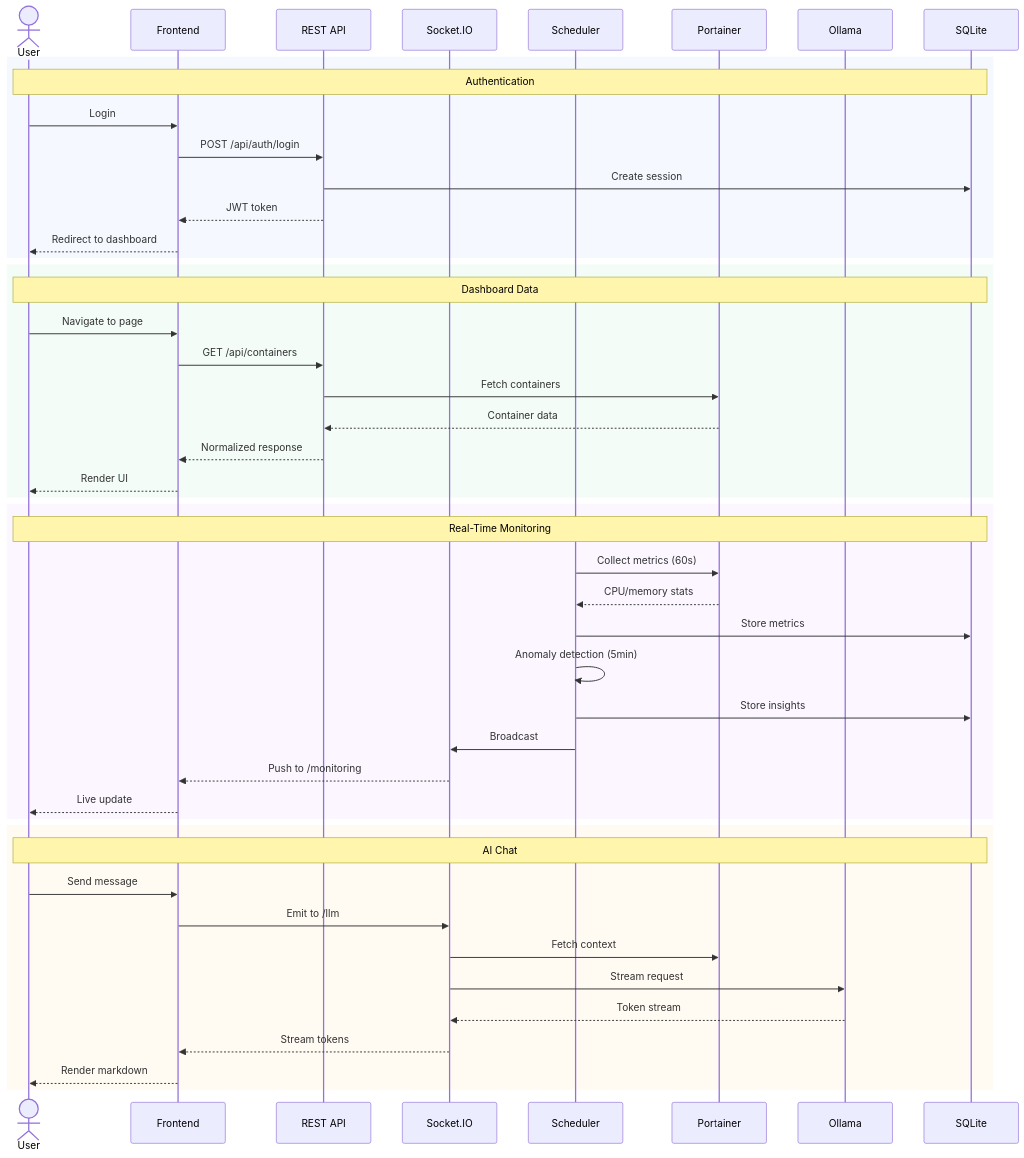
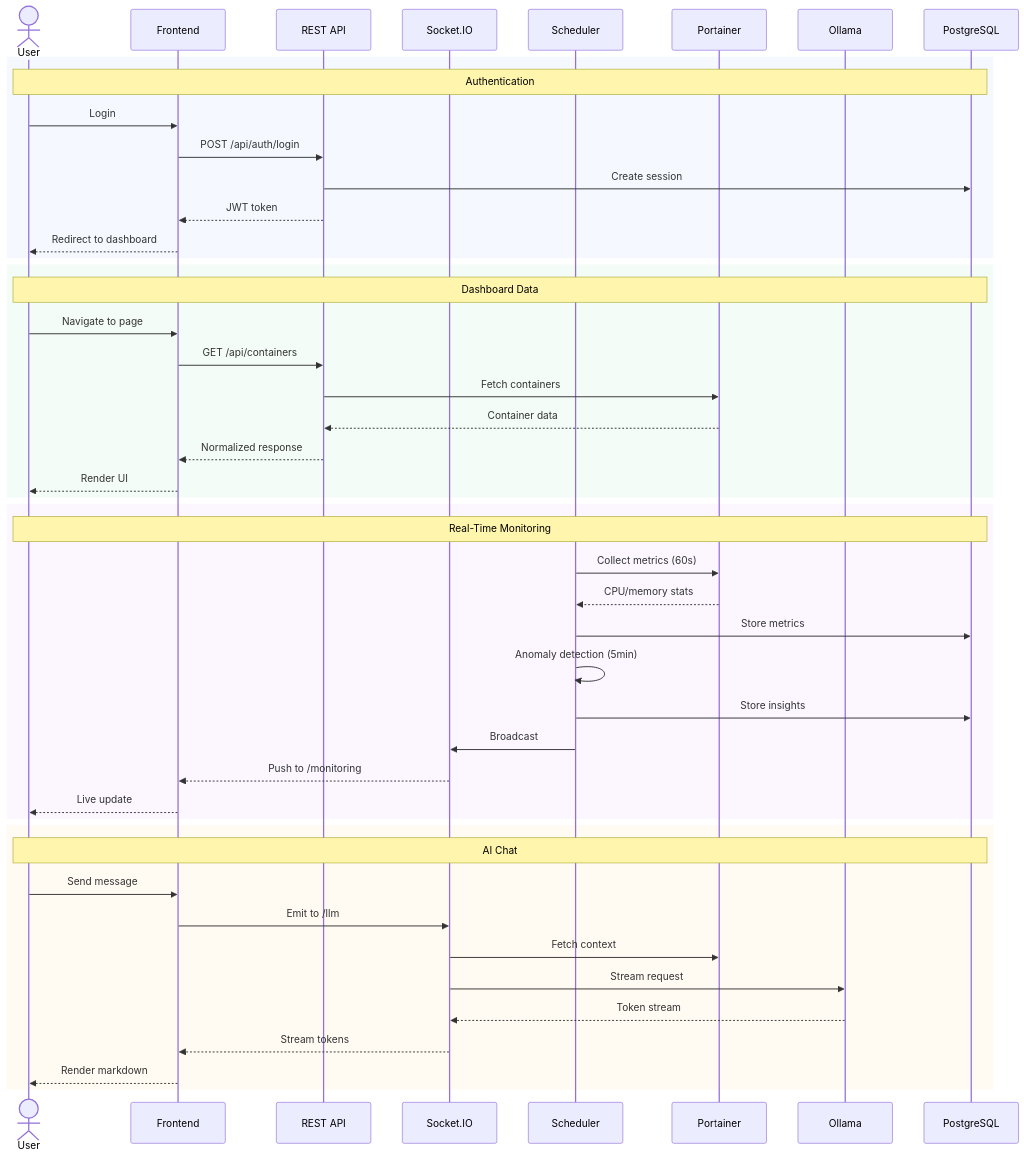
Before and after one commit to kenhaesler/ai-portainer-dashboard: the second of 2 diagrams in docs/architecture.md, drawn with Mermaid. The commit also changed other lines of this file, not shown here.

First line of the commit message:
docs: update architecture.md for PostgreSQL migration

````diff
--- a/docs/architecture.md
+++ b/docs/architecture.md
@@ -300,53 +306,53 @@
 ```mermaid
 sequenceDiagram
     actor User
     participant FE as Frontend
     participant API as REST API
     participant WS as Socket.IO
     participant Sched as Scheduler
     participant Port as Portainer
     participant LLM as Ollama
-    participant DB as SQLite
+    participant DB as PostgreSQL
 
     rect rgba(59, 130, 246, 0.05)
         Note over User,DB: Authentication
         User->>FE: Login
         FE->>API: POST /api/auth/login
         API->>DB: Create session
         API-->>FE: JWT token
         FE-->>User: Redirect to dashboard
     end
 
     rect rgba(34, 197, 94, 0.05)
         Note over User,DB: Dashboard Data
         User->>FE: Navigate to page
         FE->>API: GET /api/containers
         API->>Port: Fetch containers
         Port-->>API: Container data
         API-->>FE: Normalized response
         FE-->>User: Render UI
     end
 
     rect rgba(168, 85, 247, 0.05)
         Note over User,DB: Real-Time Monitoring
         Sched->>Port: Collect metrics (60s)
         Port-->>Sched: CPU/memory stats
         Sched->>DB: Store metrics
         Sched->>Sched: Anomaly detection (5min)
         Sched->>DB: Store insights
         Sched->>WS: Broadcast
         WS-->>FE: Push to /monitoring
         FE-->>User: Live update
     end
 
     rect rgba(245, 158, 11, 0.05)
         Note over User,DB: AI Chat
         User->>FE: Send message
         FE->>WS: Emit to /llm
         WS->>Port: Fetch context
         WS->>LLM: Stream request
         LLM-->>WS: Token stream
         WS-->>FE: Stream tokens
         FE-->>User: Render markdown
     end
 ```
````
